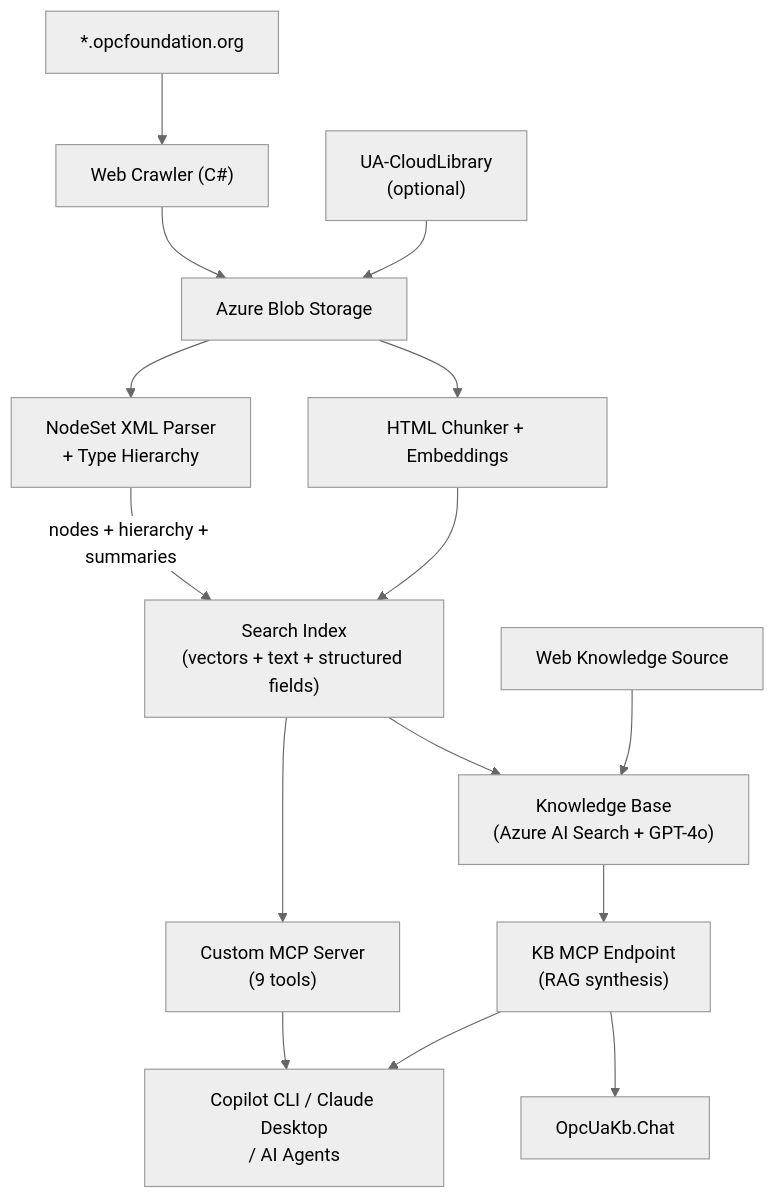
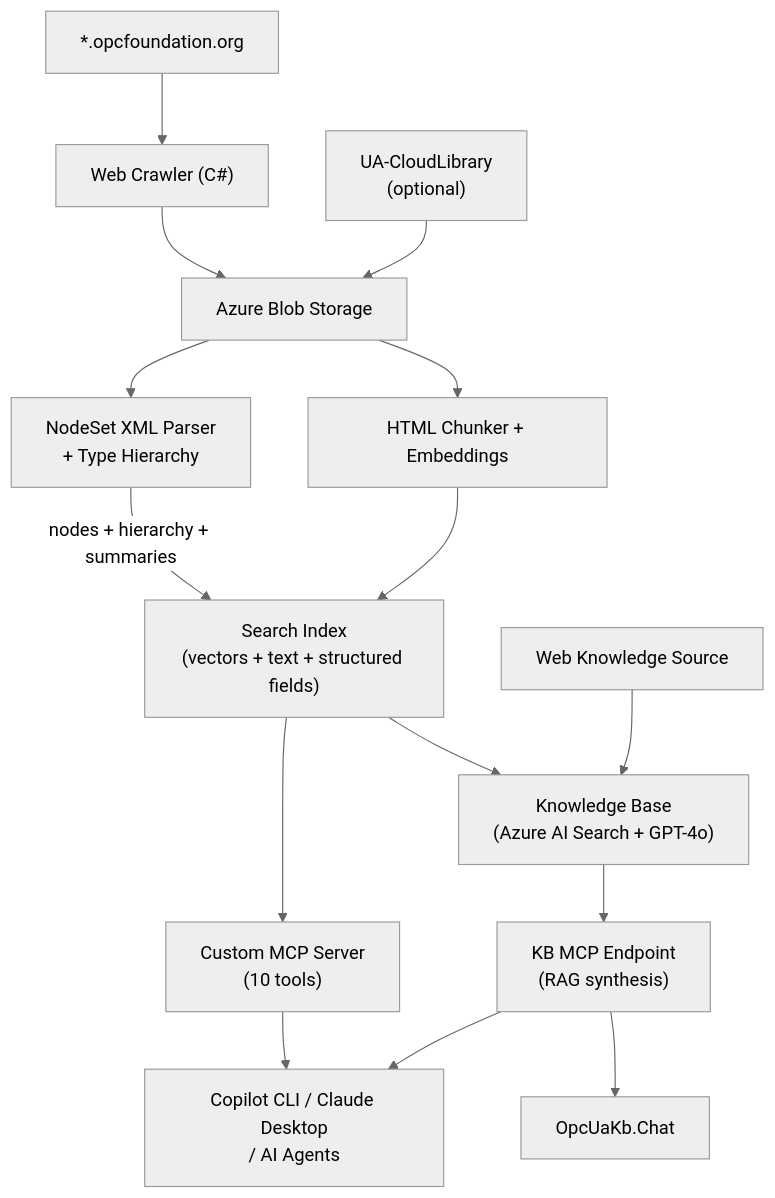
Before and after one commit to marcschier/OpcUaKb: the diagram in README.md, drawn with Mermaid (neutral theme). The commit also changed other lines of this file, not shown here.

````diff
--- a/README.md
+++ b/README.md
@@ -13,17 +13,17 @@
 ```mermaid
 graph TD
     OPC["*.opcfoundation.org"] --> Crawler["Web Crawler (C#)"]
     CloudLib["UA-CloudLibrary<br/>(optional)"] --> Blob
     Crawler --> Blob["Azure Blob Storage"]
     Blob --> Chunker["HTML Chunker + Embeddings"]
     Blob --> NodeSet["NodeSet XML Parser<br/>+ Type Hierarchy"]
     Chunker --> Index["Search Index<br/>(vectors + text + structured fields)"]
     NodeSet --> |"nodes + hierarchy + summaries"| Index
     Web["Web Knowledge Source"] --> KB["Knowledge Base<br/>(Azure AI Search + GPT-4o)"]
     Index --> KB
     KB --> MCP1["KB MCP Endpoint<br/>(RAG synthesis)"]
-    Index --> McpServer["Custom MCP Server<br/>(9 tools)"]
+    Index --> McpServer["Custom MCP Server<br/>(10 tools)"]
     MCP1 --> Clients["Copilot CLI / Claude Desktop<br/>/ AI Agents"]
     McpServer --> Clients
     MCP1 --> Chat["OpcUaKb.Chat"]
 ```
````
